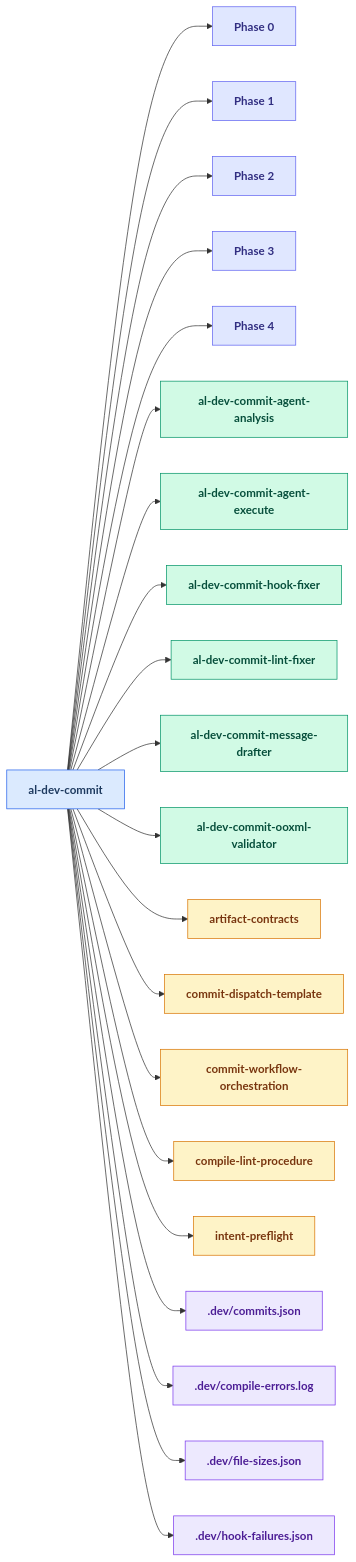
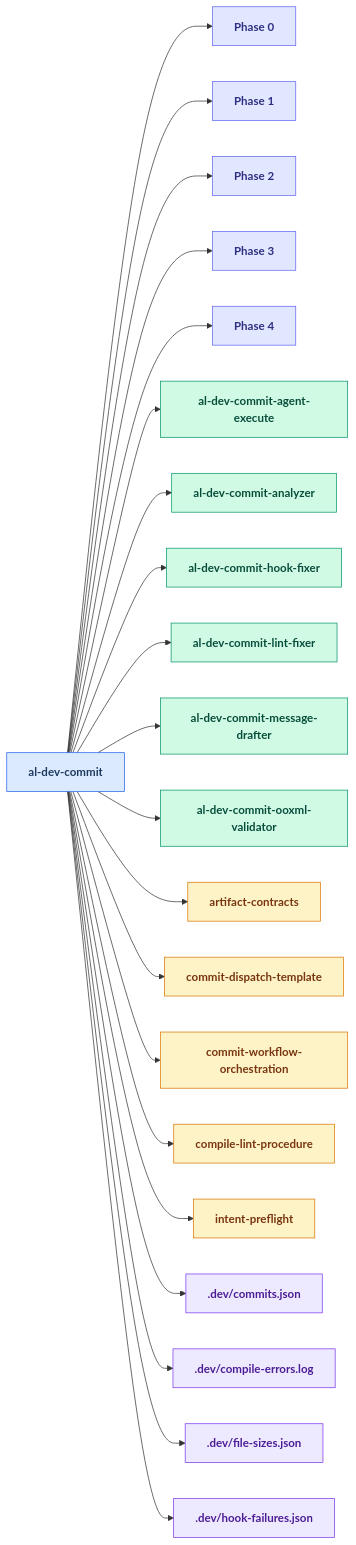
One commit to russell-laing/al-dev-shared changed diagram 12 of 24 in docs/al-dev-skills-map.md. Above: the diagram before and after it, drawn with Mermaid. The commit also changed other lines of this file and 16 other files, not shown here.

First line of the commit message:
refactor(agents)!: rename al-dev-commit-agent-analysis to al-dev-commit-analyzer

````diff
--- a/docs/al-dev-skills-map.md
+++ b/docs/al-dev-skills-map.md
@@ -631,73 +631,73 @@
 ```mermaid
 flowchart LR
     classDef skillNode fill:#dbeafe,stroke:#2563eb,color:#1e3a5f,font-weight:bold
     classDef agentNode fill:#d1fae5,stroke:#059669,color:#064e3b,font-weight:bold
     classDef knowledgeNode fill:#fef3c7,stroke:#d97706,color:#78350f,font-weight:bold
     classDef artifactNode fill:#ede9fe,stroke:#7c3aed,color:#4c1d95,font-weight:bold
     classDef phaseNode fill:#e0e7ff,stroke:#6366f1,color:#312e81,font-weight:bold
 
     skill_al_dev_commit[al-dev-commit]
     Phase0["Phase 0"]
     Phase1["Phase 1"]
     Phase2["Phase 2"]
     Phase3["Phase 3"]
     Phase4["Phase 4"]
-    agent_al_dev_commit_agent_analysis[al-dev-commit-agent-analysis]
     agent_al_dev_commit_agent_execute[al-dev-commit-agent-execute]
+    agent_al_dev_commit_analyzer[al-dev-commit-analyzer]
     agent_al_dev_commit_hook_fixer[al-dev-commit-hook-fixer]
     agent_al_dev_commit_lint_fixer[al-dev-commit-lint-fixer]
     agent_al_dev_commit_message_drafter[al-dev-commit-message-drafter]
     agent_al_dev_commit_ooxml_validator[al-dev-commit-ooxml-validator]
     knowledge_artifact_contracts_md[artifact-contracts]
     knowledge_commit_dispatch_template_md[commit-dispatch-template]
     knowledge_commit_workflow_orchestration_md[commit-workflow-orchestration]
     knowledge_compile_lint_procedure_md[compile-lint-procedure]
     knowledge_intent_preflight_md[intent-preflight]
     artifact_commits_json[.dev/commits.json]
     artifact_compile_errors_log[.dev/compile-errors.log]
     artifact_file_sizes_json[.dev/file-sizes.json]
     artifact_hook_failures_json[.dev/hook-failures.json]
 
     skill_al_dev_commit --> Phase0
     skill_al_dev_commit --> Phase1
     skill_al_dev_commit --> Phase2
     skill_al_dev_commit --> Phase3
     skill_al_dev_commit --> Phase4
-    skill_al_dev_commit --> agent_al_dev_commit_agent_analysis
     skill_al_dev_commit --> agent_al_dev_commit_agent_execute
+    skill_al_dev_commit --> agent_al_dev_commit_analyzer
     skill_al_dev_commit --> agent_al_dev_commit_hook_fixer
     skill_al_dev_commit --> agent_al_dev_commit_lint_fixer
     skill_al_dev_commit --> agent_al_dev_commit_message_drafter
     skill_al_dev_commit --> agent_al_dev_commit_ooxml_validator
     skill_al_dev_commit --> knowledge_artifact_contracts_md
     skill_al_dev_commit --> knowledge_commit_dispatch_template_md
     skill_al_dev_commit --> knowledge_commit_workflow_orchestration_md
     skill_al_dev_commit --> knowledge_compile_lint_procedure_md
     skill_al_dev_commit --> knowledge_intent_preflight_md
     skill_al_dev_commit --> artifact_commits_json
     skill_al_dev_commit --> artifact_compile_errors_log
     skill_al_dev_commit --> artifact_file_sizes_json
     skill_al_dev_commit --> artifact_hook_failures_json
 
     class skill_al_dev_commit skillNode
     class Phase0 phaseNode
     class Phase1 phaseNode
     class Phase2 phaseNode
     class Phase3 phaseNode
     class Phase4 phaseNode
-    class agent_al_dev_commit_agent_analysis agentNode
     class agent_al_dev_commit_agent_execute agentNode
+    class agent_al_dev_commit_analyzer agentNode
     class agent_al_dev_commit_hook_fixer agentNode
     class agent_al_dev_commit_lint_fixer agentNode
     class agent_al_dev_commit_message_drafter agentNode
     class agent_al_dev_commit_ooxml_validator agentNode
     class knowledge_artifact_contracts_md knowledgeNode
     class knowledge_commit_dispatch_template_md knowledgeNode
     class knowledge_commit_workflow_orchestration_md knowledgeNode
     class knowledge_compile_lint_procedure_md knowledgeNode
     class knowledge_intent_preflight_md knowledgeNode
     class artifact_commits_json artifactNode
     class artifact_compile_errors_log artifactNode
     class artifact_file_sizes_json artifactNode
     class artifact_hook_failures_json artifactNode
 ```
````
